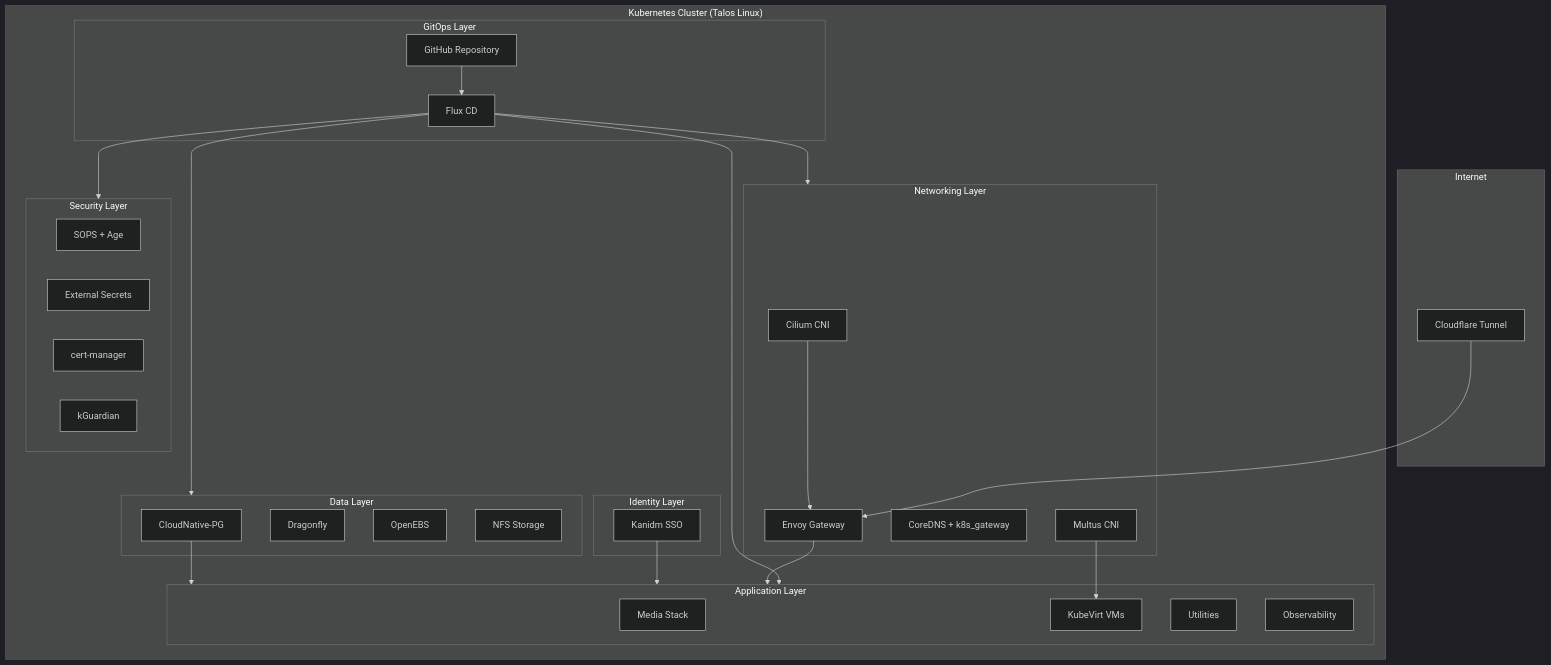
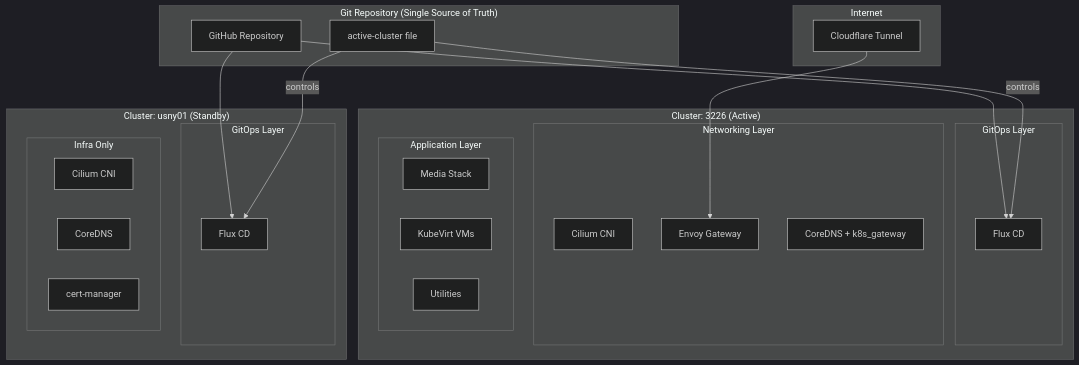
Before and after one commit to 00o-sh/special-winner: the first of 3 diagrams in docs/architecture.md, drawn with Mermaid (dark theme). The commit also changed other lines of this file and 12 other files, not shown here.

````diff
--- a/docs/architecture.md
+++ b/docs/architecture.md
@@ -5,57 +5,47 @@
 ```mermaid
 graph TB
     subgraph Internet
         CF[Cloudflare Tunnel]
     end
 
-    subgraph Cluster["Kubernetes Cluster (Talos Linux)"]
-        subgraph GitOps["GitOps Layer"]
-            Flux[Flux CD]
-            Git[GitHub Repository]
+    subgraph Git["Git Repository (Single Source of Truth)"]
+        GitRepo[GitHub Repository]
+        ActiveCluster[active-cluster file]
+    end
+
+    subgraph Cluster1["Cluster: 3226 (Active)"]
+        subgraph GitOps1["GitOps Layer"]
+            Flux1[Flux CD]
         end
 
-        subgraph Networking["Networking Layer"]
-            Cilium[Cilium CNI]
-            Envoy[Envoy Gateway]
-            DNS[CoreDNS + k8s_gateway]
-            Multus[Multus CNI]
+        subgraph Networking1["Networking Layer"]
+            Cilium1[Cilium CNI]
+            Envoy1[Envoy Gateway]
+            DNS1[CoreDNS + k8s_gateway]
         end
 
-        subgraph Identity["Identity Layer"]
-            Kanidm[Kanidm SSO]
-        end
-
-        subgraph Data["Data Layer"]
-            PG[CloudNative-PG]
-            Dragonfly[Dragonfly]
-            OpenEBS[OpenEBS]
-            NFS[NFS Storage]
-        end
-
-        subgraph Apps["Application Layer"]
-            Media[Media Stack]
-            VMs[KubeVirt VMs]
-            Utils[Utilities]
-            Obs[Observability]
-        end
-
-        subgraph Security["Security Layer"]
-            SOPS[SOPS + Age]
-            ExtSec[External Secrets]
-            CertMgr[cert-manager]
-            kGuardian[kGuardian]
+        subgraph Apps1["Application Layer"]
+            Media1[Media Stack]
+            VMs1[KubeVirt VMs]
+            Utils1[Utilities]
         end
     end
 
-    CF --> Envoy
-    Git --> Flux
-    Flux --> Apps
-    Flux --> Networking
-    Flux --> Data
-    Flux --> Security
-    Envoy --> Apps
-    Kanidm --> Apps
-    PG --> Apps
-    Cilium --> Envoy
-    Multus --> VMs
+    subgraph Cluster2["Cluster: usny01 (Standby)"]
+        subgraph GitOps2["GitOps Layer"]
+            Flux2[Flux CD]
+        end
+
+        subgraph Infra2["Infra Only"]
+            Cilium2[Cilium CNI]
+            DNS2[CoreDNS]
+            CertMgr2[cert-manager]
+        end
+    end
+
+    CF --> Envoy1
+    GitRepo --> Flux1
+    GitRepo --> Flux2
+    ActiveCluster -->|controls| Flux1
+    ActiveCluster -->|controls| Flux2
 ```
````
